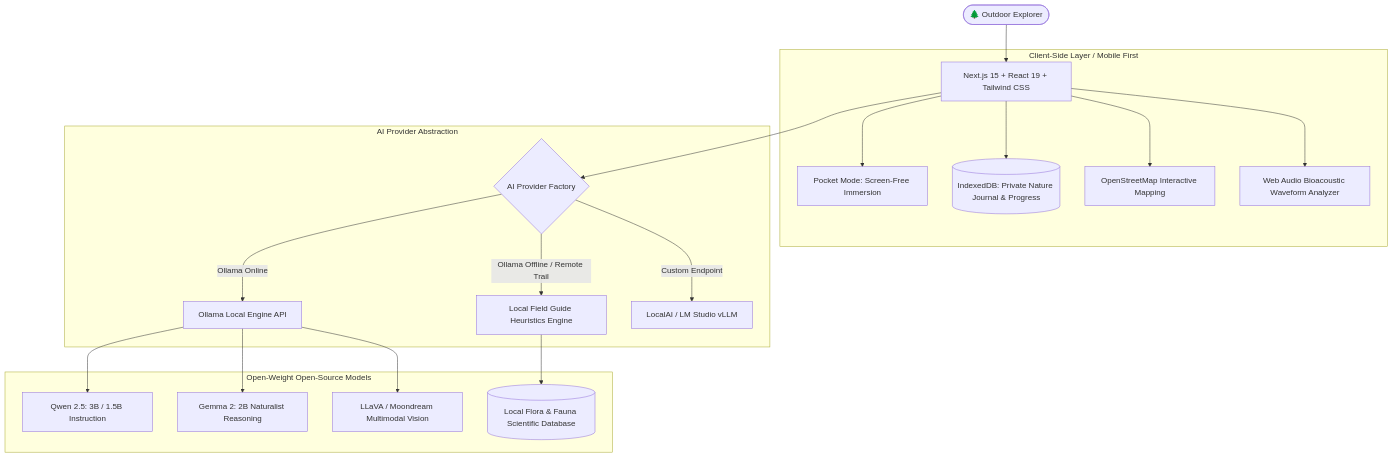
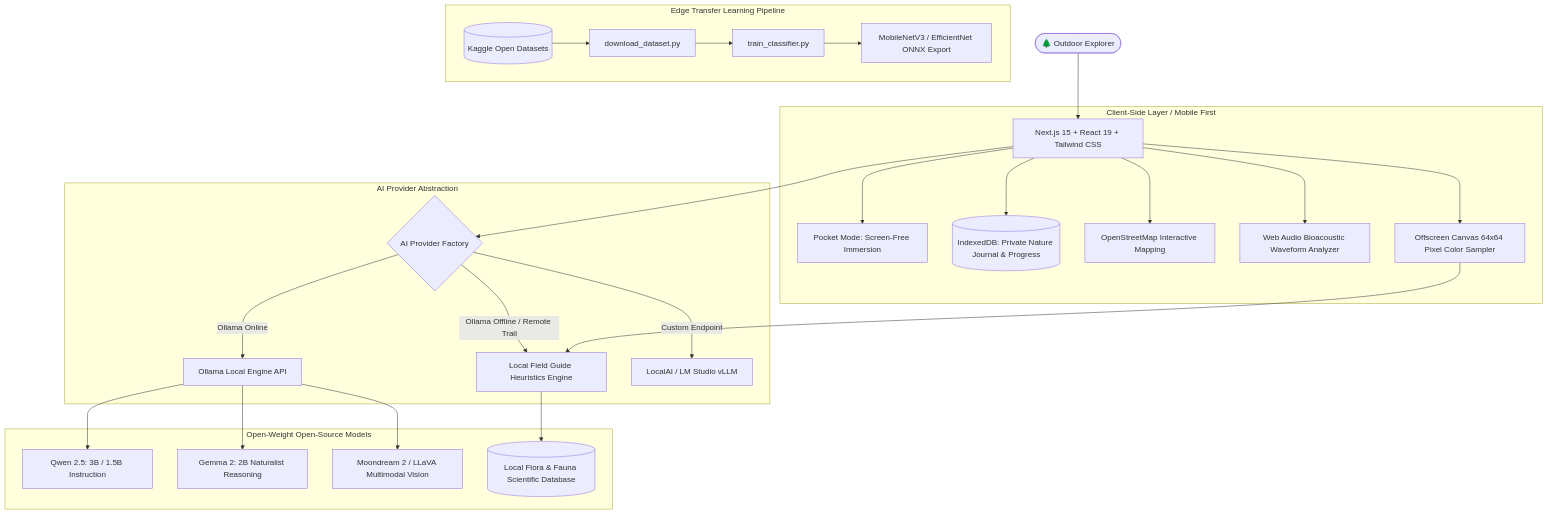
The diagram in README.md (GenX0Gravity/TerraQuestAI), drawn with Mermaid before and after one commit. The commit also changed other lines of this file and 14 other files, not shown here.

````diff
--- a/README.md
+++ b/README.md
@@ -26,25 +31,33 @@
 ```mermaid
 graph TD
     User([🌲 Outdoor Explorer]) --> UI[Next.js 15 + React 19 + Tailwind CSS]
     
     subgraph Client Application [Client-Side Layer / Mobile First]
         UI --> PM[Pocket Mode: Screen-Free Immersion]
         UI --> IDB[(IndexedDB: Private Nature Journal & Progress)]
         UI --> OSM[OpenStreetMap Interactive Mapping]
         UI --> Audio[Web Audio Bioacoustic Waveform Analyzer]
+        UI --> ImgAnalysis[Offscreen Canvas 64x64 Pixel Color Sampler]
     end
 
     subgraph Intelligence Engine [AI Provider Abstraction]
         UI --> ProviderAdapter{AI Provider Factory}
         ProviderAdapter -->|Ollama Online| OllamaClient[Ollama Local Engine API]
         ProviderAdapter -->|Ollama Offline / Remote Trail| FallbackEngine[Local Field Guide Heuristics Engine]
         ProviderAdapter -->|Custom Endpoint| CustomLM[LocalAI / LM Studio vLLM]
     end
 
     subgraph Local Inference Models [Open-Weight Open-Source Models]
         OllamaClient --> Qwen[Qwen 2.5: 3B / 1.5B Instruction]
         OllamaClient --> Gemma[Gemma 2: 2B Naturalist Reasoning]
-        OllamaClient --> Vision[LLaVA / Moondream Multimodal Vision]
+        OllamaClient --> Vision[Moondream 2 / LLaVA Multimodal Vision]
         FallbackEngine --> TaxonDB[(Local Flora & Fauna Scientific Database)]
+        ImgAnalysis --> FallbackEngine
+    end
+
+    subgraph Kaggle ML Training Suite [Edge Transfer Learning Pipeline]
+        Kaggle[(Kaggle Open Datasets)] --> DownloadScript[download_dataset.py]
+        DownloadScript --> TrainScript[train_classifier.py]
+        TrainScript --> ONNX[MobileNetV3 / EfficientNet ONNX Export]
     end
 ```
````
